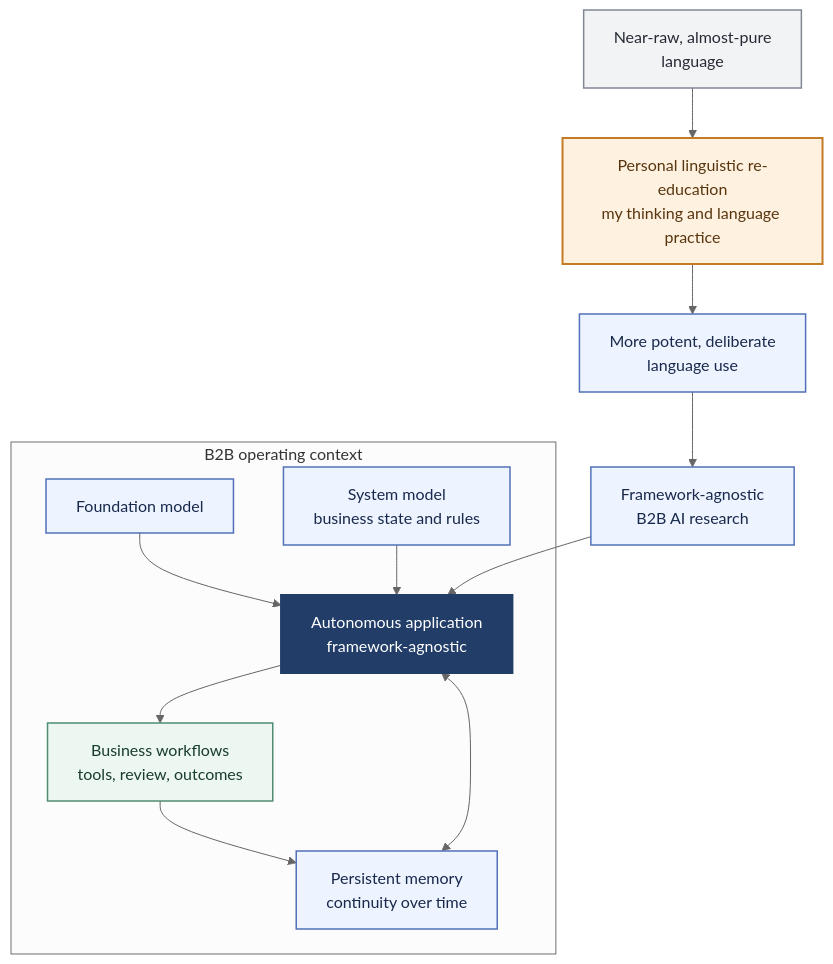
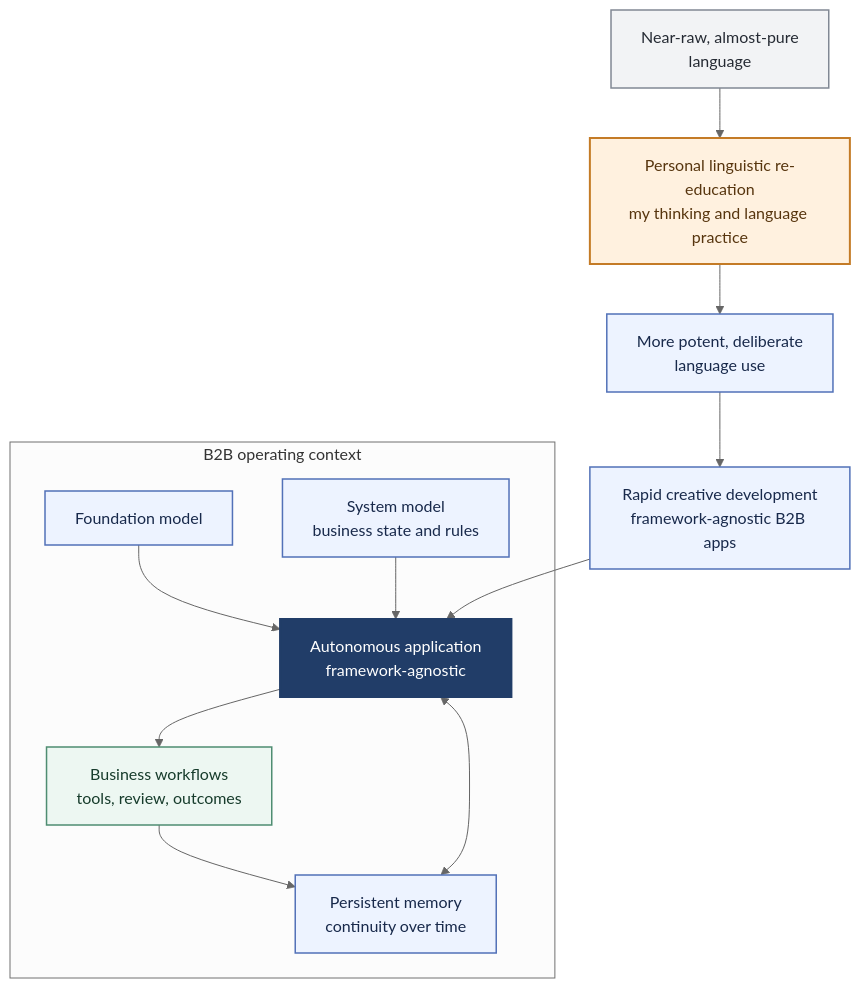
Before and after one commit to glaucodeveloper/glaucodeveloper: the diagram in README.md, drawn with Mermaid (neutral theme). The commit also changed other lines of this file, not shown here.

Commit message:
docs: emphasize rapid creative development

````diff
--- a/README.md
+++ b/README.md
@@ -7,30 +7,30 @@
 ```mermaid
 flowchart TB
-  RAW["Near-raw, almost-pure<br/>language"] --> RE["Personal linguistic re-education<br/>my thinking and language practice"] --> USE["More potent, deliberate<br/>language use"] --> DIRECTION["Framework-agnostic<br/>B2B AI research"]
+  RAW["Near-raw, almost-pure<br/>language"] --> RE["Personal linguistic re-education<br/>my thinking and language practice"] --> USE["More potent, deliberate<br/>language use"] --> DIRECTION["Rapid creative development<br/>framework-agnostic B2B apps"]
 
   subgraph B2B["B2B operating context"]
     FM["Foundation model"]
     SM["System model<br/>business state and rules"]
     MEM["Persistent memory<br/>continuity over time"]
     APP["Autonomous application<br/>framework-agnostic"]
     FLOW["Business workflows<br/>tools, review, outcomes"]
 
     FM --> APP
     SM --> APP
     MEM <--> APP
     APP --> FLOW
     FLOW --> MEM
   end
 
   DIRECTION --> APP
   classDef source fill:#f2f3f5,stroke:#818894,color:#252a33,stroke-width:1.5px;
   classDef reconstruction fill:#fff1df,stroke:#c47b26,color:#57350e,stroke-width:2px;
   classDef concept fill:#edf3ff,stroke:#5271b8,color:#18294b,stroke-width:1.5px;
   classDef app fill:#213d68,stroke:#213d68,color:#ffffff,stroke-width:2px;
   classDef workflow fill:#edf7f2,stroke:#4f8d72,color:#173c2c,stroke-width:1.5px;
   class RAW source;
   class RE reconstruction;
   class USE,DIRECTION,FM,SM,MEM concept;
   class APP app;
   class FLOW workflow;
 ```
````
